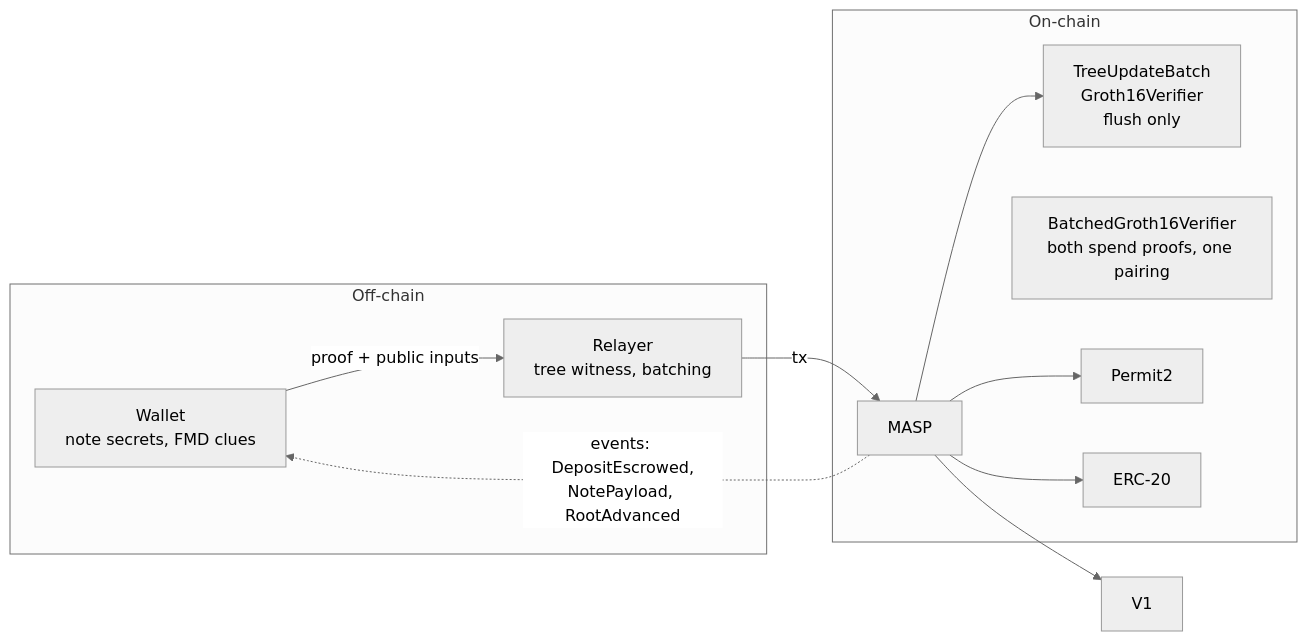
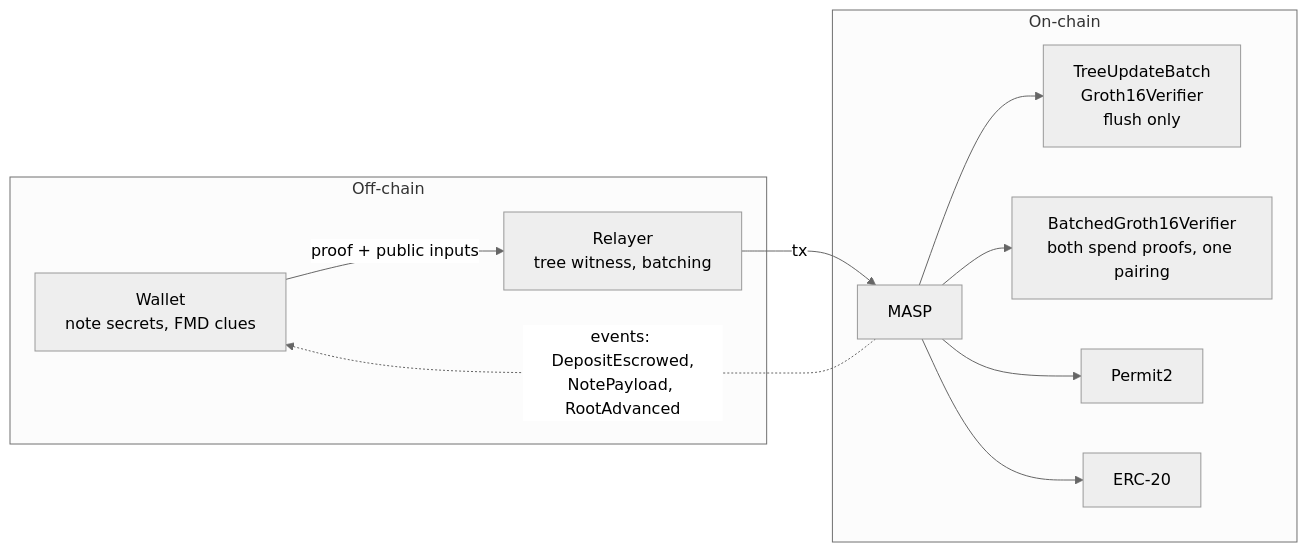
Before and after one commit to lelantos-org/contracts: the first of 11 diagrams in src/README.md, drawn with Mermaid (neutral theme). The commit also changed other lines of this file and 126 other files, not shown here.

````diff
--- a/src/README.md
+++ b/src/README.md
@@ -46,23 +47,23 @@
 ```mermaid
 flowchart LR
   subgraph OFFCHAIN["Off-chain"]
     W["Wallet<br/>note secrets, FMD clues"]
     R["Relayer<br/>tree witness, batching"]
   end
 
   subgraph ONCHAIN["On-chain"]
     M["MASP"]
     V2["TreeUpdateBatch<br/>Groth16Verifier<br/>flush only"]
     BV["BatchedGroth16Verifier<br/>both spend proofs, one pairing"]
     P2["Permit2"]
     T["ERC-20"]
   end
 
   W -->|"proof + public inputs"| R
   R -->|"tx"| M
-  M --> V1
+  M --> BV
   M --> V2
   M --> P2
   M --> T
   M -.->|"events: DepositEscrowed,<br/>NotePayload, RootAdvanced"| W
 ```
````
